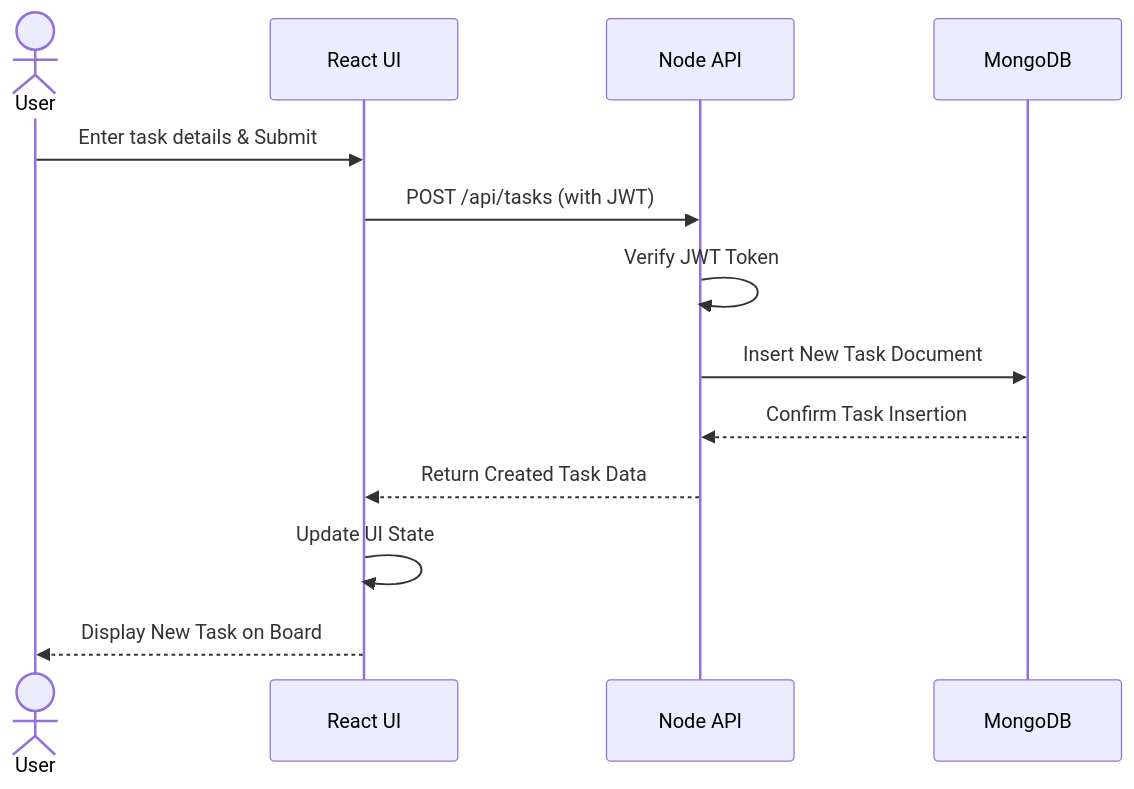
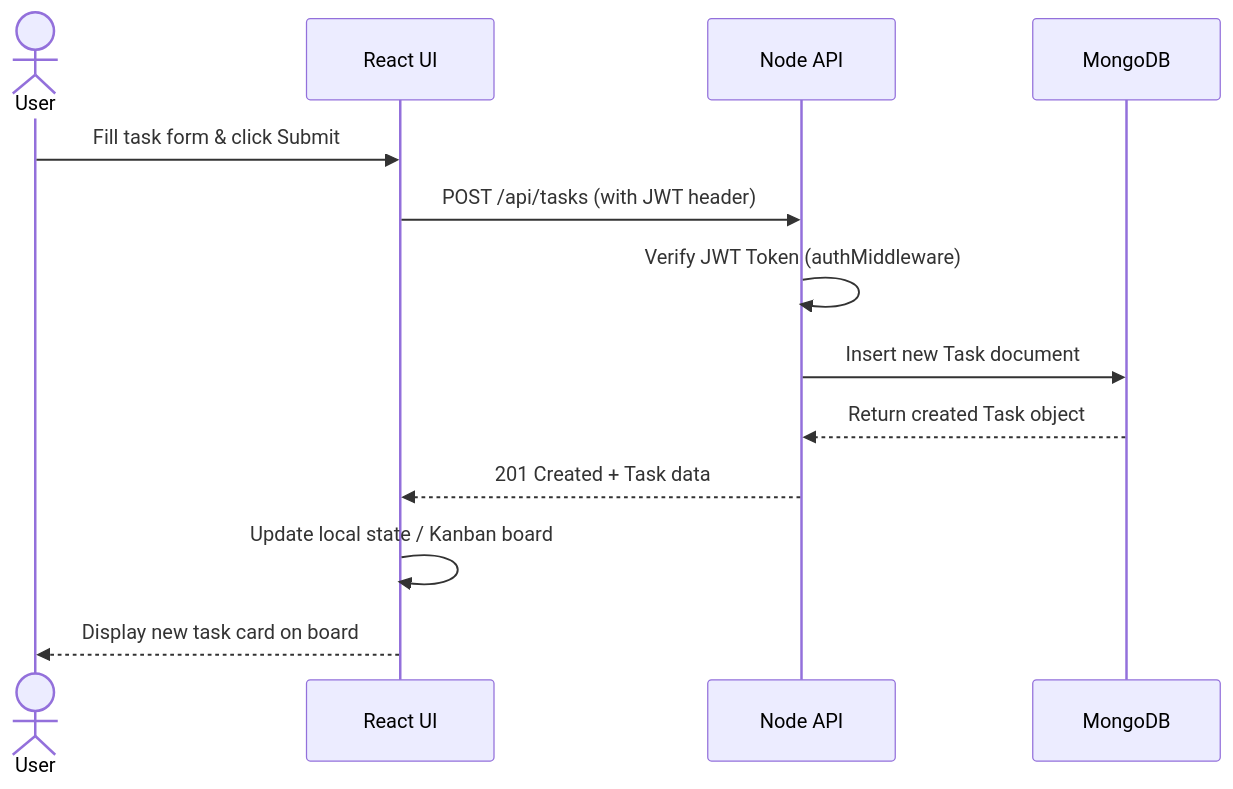
The seventh of 7 diagrams in project_documentation.md (Shrija1604/task-management-app), drawn with Mermaid before and after one commit. The commit also changed other lines of this file and 47 other files, not shown here.

````diff
--- a/project_documentation.md
+++ b/project_documentation.md
@@ -256,16 +428,16 @@
 ```mermaid
 sequenceDiagram
     actor User
     participant Frontend as React UI
     participant Backend as Node API
     participant DB as MongoDB
 
-    User->>Frontend: Enter task details & Submit
-    Frontend->>Backend: POST /api/tasks (with JWT)
-    Backend->>Backend: Verify JWT Token
-    Backend->>DB: Insert New Task Document
-    DB-->>Backend: Confirm Task Insertion
-    Backend-->>Frontend: Return Created Task Data
-    Frontend->>Frontend: Update UI State
-    Frontend-->>User: Display New Task on Board
+    User->>Frontend: Fill task form & click Submit
+    Frontend->>Backend: POST /api/tasks (with JWT header)
+    Backend->>Backend: Verify JWT Token (authMiddleware)
+    Backend->>DB: Insert new Task document
+    DB-->>Backend: Return created Task object
+    Backend-->>Frontend: 201 Created + Task data
+    Frontend->>Frontend: Update local state / Kanban board
+    Frontend-->>User: Display new task card on board
 ```
````
